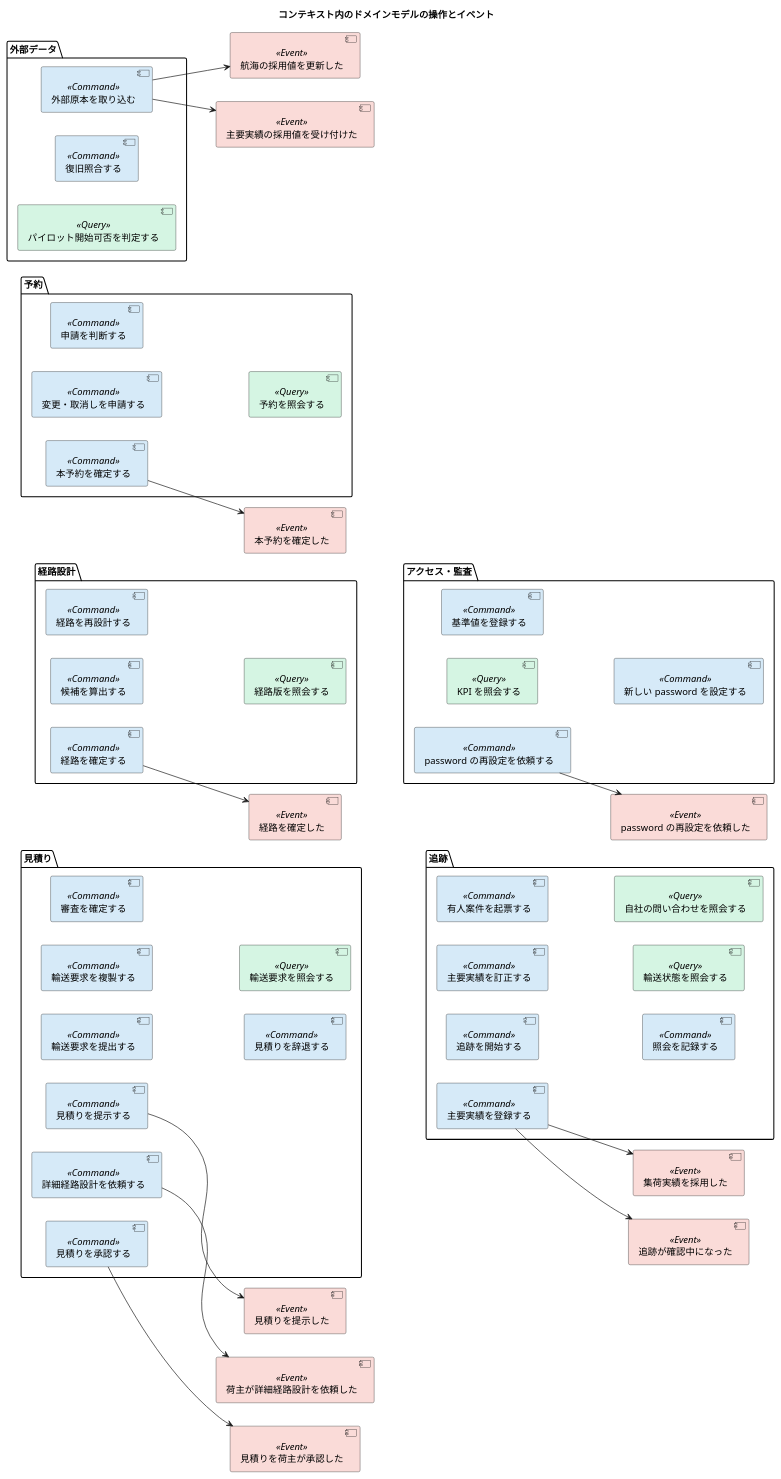
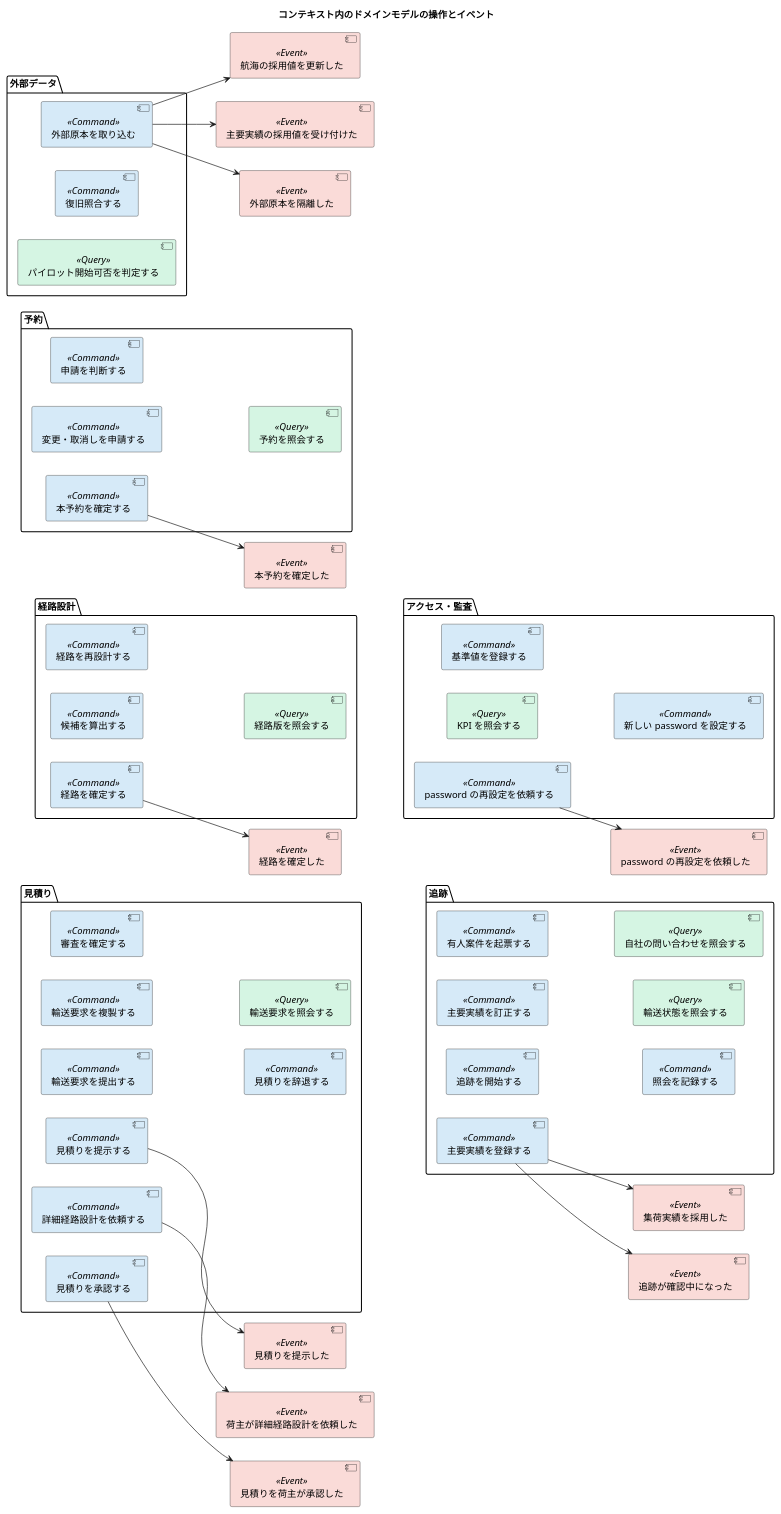
Before and after one commit to k2works/practical-domain-driven-design-in-enterpris-application: diagram 22 of 23 in docs/design/cargo-tracker/domain_model.md, drawn with PlantUML. The commit also changed other lines of this file and 8 other files, not shown here.

````diff
--- a/docs/design/cargo-tracker/domain_model.md
+++ b/docs/design/cargo-tracker/domain_model.md
@@ -1552,74 +1557,76 @@
 ```plantuml
 @startuml
 title コンテキスト内のドメインモデルの操作とイベント
 left to right direction
 skinparam component {
   BackgroundColor<<Command>> #D6EAF8
   BackgroundColor<<Query>> #D5F5E3
   BackgroundColor<<Event>> #FADBD8
 }
 package "見積り" {
   [輸送要求を提出する] <<Command>>
   [輸送要求を複製する] <<Command>>
   [審査を確定する] <<Command>>
   [見積りを提示する] <<Command>>
   [詳細経路設計を依頼する] <<Command>>
   [見積りを辞退する] <<Command>>
   [見積りを承認する] <<Command>>
   [輸送要求を照会する] <<Query>>
 }
 package "経路設計" {
   [候補を算出する] <<Command>>
   [経路を確定する] <<Command>>
   [経路を再設計する] <<Command>>
   [経路版を照会する] <<Query>>
 }
 package "予約" {
   [本予約を確定する] <<Command>>
   [変更・取消しを申請する] <<Command>>
   [申請を判断する] <<Command>>
   [予約を照会する] <<Query>>
 }
 package "追跡" {
   [追跡を開始する] <<Command>>
   [主要実績を登録する] <<Command>>
   [主要実績を訂正する] <<Command>>
   [有人案件を起票する] <<Command>>
   [照会を記録する] <<Command>>
   [輸送状態を照会する] <<Query>>
   [自社の問い合わせを照会する] <<Query>>
 }
 package "外部データ" {
   [外部原本を取り込む] <<Command>>
   [復旧照合する] <<Command>>
   [パイロット開始可否を判定する] <<Query>>
 }
 package "アクセス・監査" {
   [KPI を照会する] <<Query>>
   [基準値を登録する] <<Command>>
   [password の再設定を依頼する] <<Command>>
   [新しい password を設定する] <<Command>>
 }
 [見積りを提示した] <<Event>>
 [荷主が詳細経路設計を依頼した] <<Event>>
 [経路を確定した] <<Event>>
 [見積りを荷主が承認した] <<Event>>
 [本予約を確定した] <<Event>>
 [集荷実績を採用した] <<Event>>
 [追跡が確認中になった] <<Event>>
 [航海の採用値を更新した] <<Event>>
 [主要実績の採用値を受け付けた] <<Event>>
+[外部原本を隔離した] <<Event>>
 [password の再設定を依頼した] <<Event>>
 
 [見積りを提示する] --> [見積りを提示した]
 [詳細経路設計を依頼する] --> [荷主が詳細経路設計を依頼した]
 [経路を確定する] --> [経路を確定した]
 [見積りを承認する] --> [見積りを荷主が承認した]
 [本予約を確定する] --> [本予約を確定した]
 [主要実績を登録する] --> [集荷実績を採用した]
 [主要実績を登録する] --> [追跡が確認中になった]
 [外部原本を取り込む] --> [航海の採用値を更新した]
 [外部原本を取り込む] --> [主要実績の採用値を受け付けた]
+[外部原本を取り込む] --> [外部原本を隔離した]
 [password の再設定を依頼する] --> [password の再設定を依頼した]
 @enduml
 ```
````
